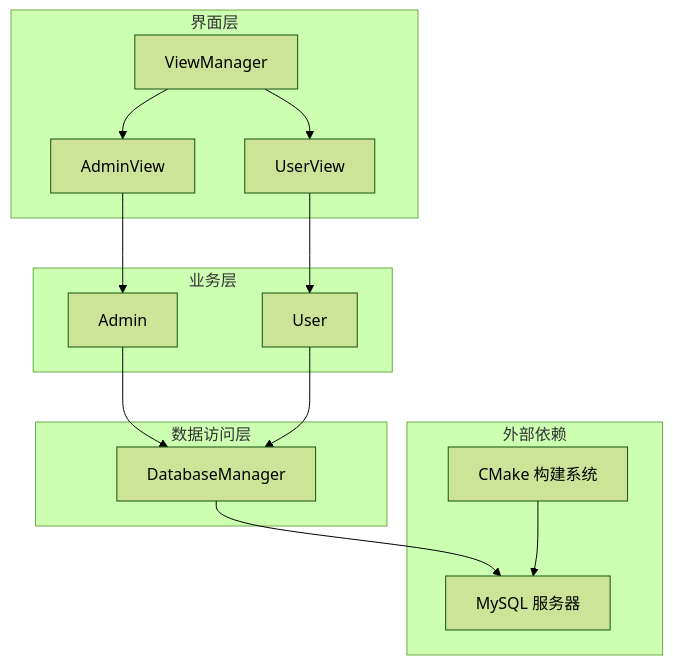
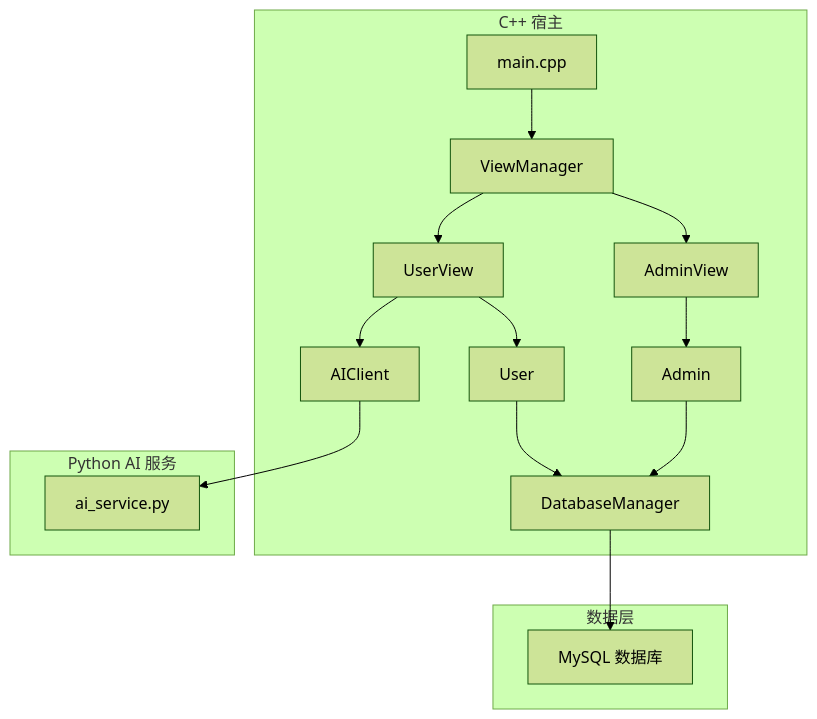
Before and after one commit to jinpeng900/OJ-Test: the second of 7 diagrams in .qoder/repowiki/zh/content/项目概述.md, drawn with Mermaid (forest theme). The commit also changed other lines of this file and 65 other files, not shown here.

````diff
--- a/.qoder/repowiki/zh/content/项目概述.md
+++ b/.qoder/repowiki/zh/content/项目概述.md
@@ -143,27 +148,29 @@
 ```mermaid
 graph TB
-subgraph "界面层"
+subgraph "C++ 宿主"
+M["main.cpp"]
 VM["ViewManager"]
+UV["UserView"]
 AV["AdminView"]
-UV["UserView"]
+U["User"]
+A["Admin"]
+DB["DatabaseManager"]
+AC["AIClient"]
 end
-subgraph "业务层"
-AD["Admin"]
-US["User"]
+subgraph "Python AI 服务"
+PY["ai_service.py"]
 end
-subgraph "数据访问层"
-DB["DatabaseManager"]
+subgraph "数据层"
+SQL["MySQL 数据库"]
 end
-subgraph "外部依赖"
-MY["MySQL 服务器"]
-CM["CMake 构建系统"]
-end
+M --> VM
 VM --> AV
 VM --> UV
-AV --> AD
-UV --> US
-AD --> DB
-US --> DB
-DB --> MY
-CM --> MY
+AV --> A
+UV --> U
+U --> DB
+A --> DB
+UV --> AC
+AC --> PY
+DB --> SQL
 ```
````
